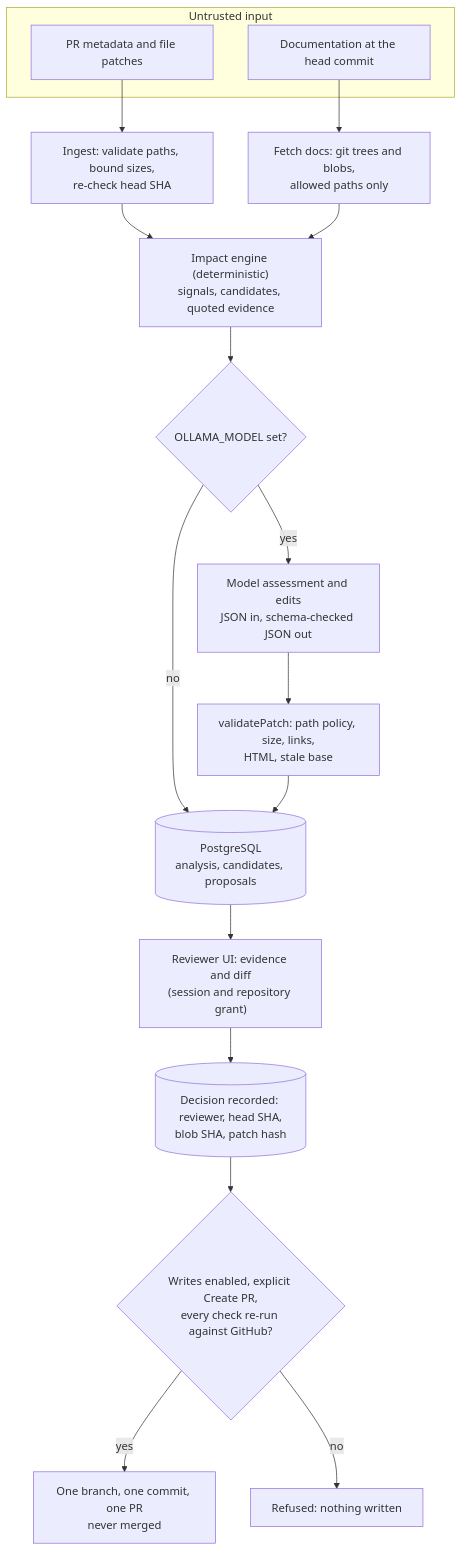
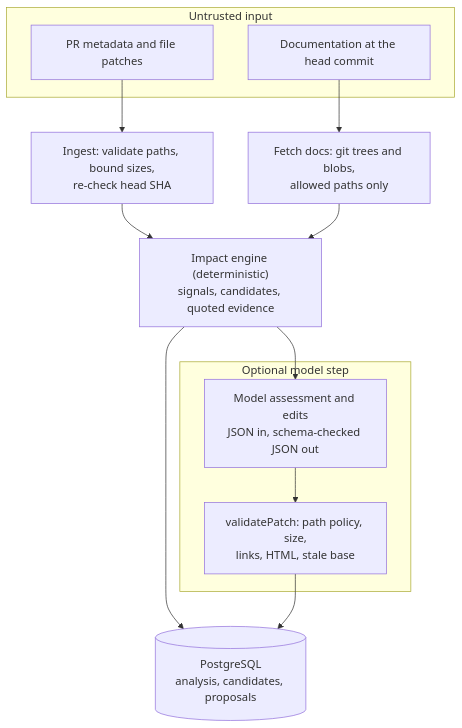
One commit to PrathmeshNikhare/DocuSync-AI changed the second of 3 diagrams in docs/02-architecture.md. Above: the diagram before and after it, drawn with Mermaid. The commit also changed other lines of this file and 11 other files, not shown here.

````diff
--- a/docs/02-architecture.md
+++ b/docs/02-architecture.md
@@ -47,21 +49,19 @@
 ```mermaid
-flowchart TD
-  subgraph Untrusted["Untrusted input"]
+flowchart TB
+  subgraph UNT["Untrusted input"]
     PRD["PR metadata and file patches"]
     DOCS["Documentation at the head commit"]
   end
   PRD --> ING["Ingest: validate paths, bound sizes,<br/>re-check head SHA"]
   DOCS --> FETCH["Fetch docs: git trees and blobs,<br/>allowed paths only"]
   ING --> ENG["Impact engine (deterministic)<br/>signals, candidates, quoted evidence"]
   FETCH --> ENG
-  ENG --> Q{"OLLAMA_MODEL set?"}
-  Q -- no --> STORE
-  Q -- yes --> LLM["Model assessment and edits<br/>JSON in, schema-checked JSON out"]
-  LLM --> VAL["validatePatch: path policy, size, links,<br/>HTML, stale base"]
-  VAL --> STORE[("PostgreSQL<br/>analysis, candidates, proposals")]
-  STORE --> REV["Reviewer UI: evidence and diff<br/>(session and repository grant)"]
-  REV --> DEC[("Decision recorded: reviewer, head SHA,<br/>blob SHA, patch hash")]
-  DEC --> GATE{"Writes enabled, explicit Create PR,<br/>every check re-run against GitHub?"}
-  GATE -- yes --> OUT["One branch, one commit, one PR<br/>never merged"]
-  GATE -- no --> REF["Refused: nothing written"]
+  subgraph OPT["Optional model step"]
+    LLM["Model assessment and edits<br/>JSON in, schema-checked JSON out"]
+    VAL["validatePatch: path policy, size,<br/>links, HTML, stale base"]
+    LLM --> VAL
+  end
+  ENG --> LLM
+  ENG --> STORE[("PostgreSQL<br/>analysis, candidates, proposals")]
+  VAL --> STORE
 ```
````
